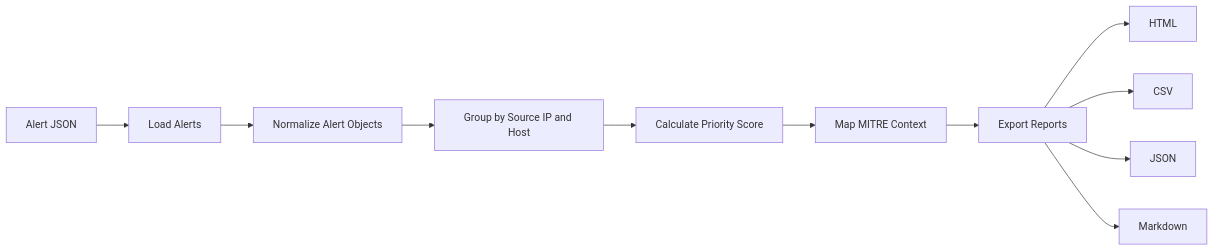
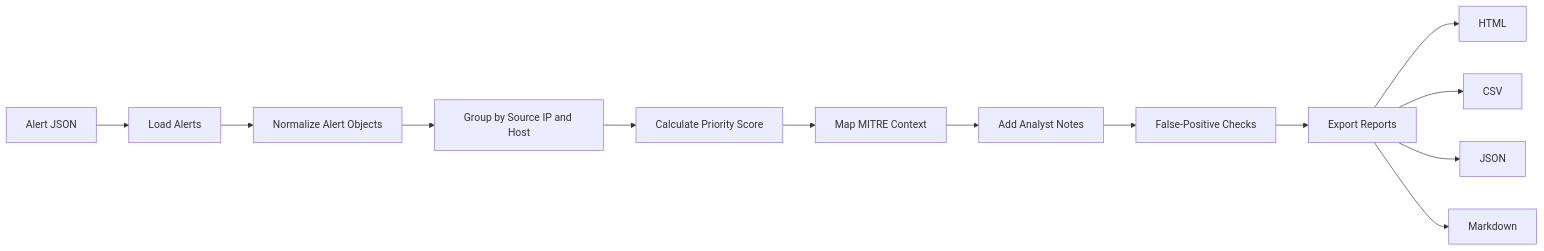
Before and after one commit to Khanu123/sentinel-soc-dashboard: the diagram in docs/architecture.md, drawn with Mermaid. The commit also changed other lines of this file and 6 other files, not shown here.

````diff
--- a/docs/architecture.md
+++ b/docs/architecture.md
@@ -3,13 +3,15 @@
 ```mermaid
 flowchart LR
     A[Alert JSON] --> B[Load Alerts]
     B --> C[Normalize Alert Objects]
     C --> D[Group by Source IP and Host]
     D --> E[Calculate Priority Score]
     E --> F[Map MITRE Context]
-    F --> G[Export Reports]
-    G --> H[HTML]
-    G --> I[CSV]
-    G --> J[JSON]
-    G --> K[Markdown]
+    F --> G[Add Analyst Notes]
+    G --> H[False-Positive Checks]
+    H --> I[Export Reports]
+    I --> J[HTML]
+    I --> K[CSV]
+    I --> L[JSON]
+    I --> M[Markdown]
 ```
````
